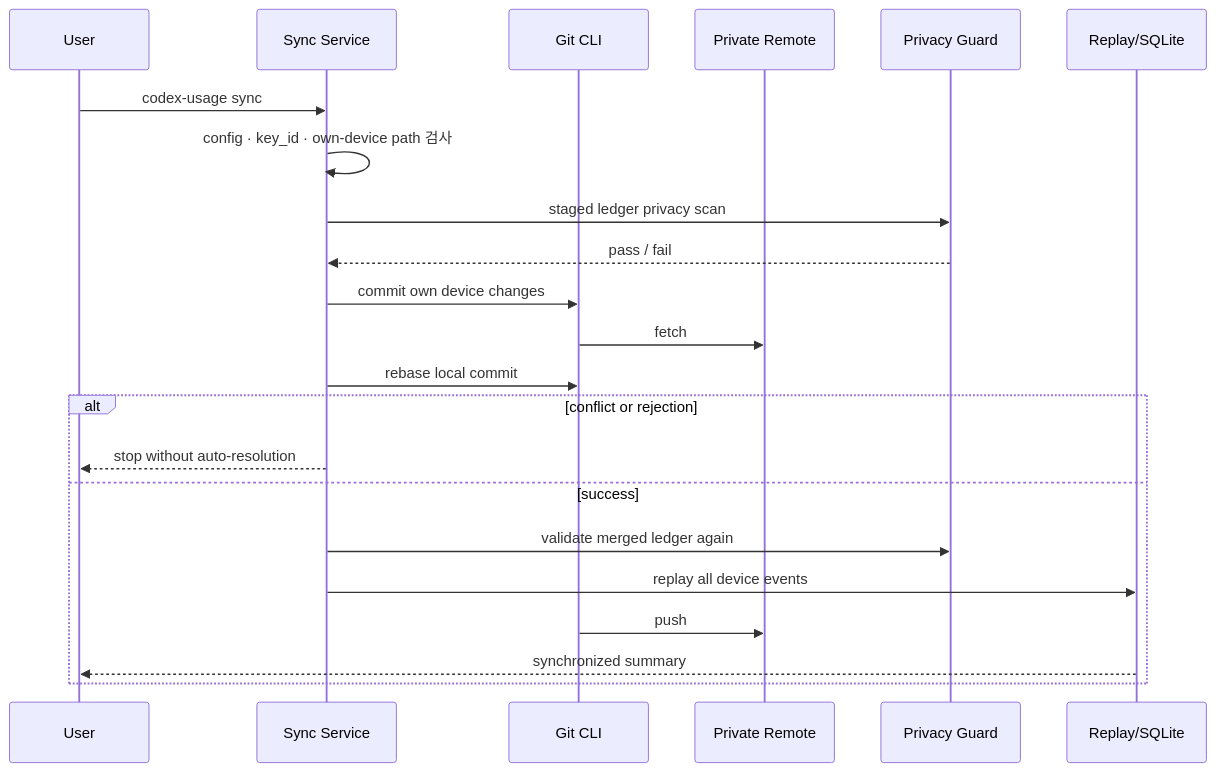
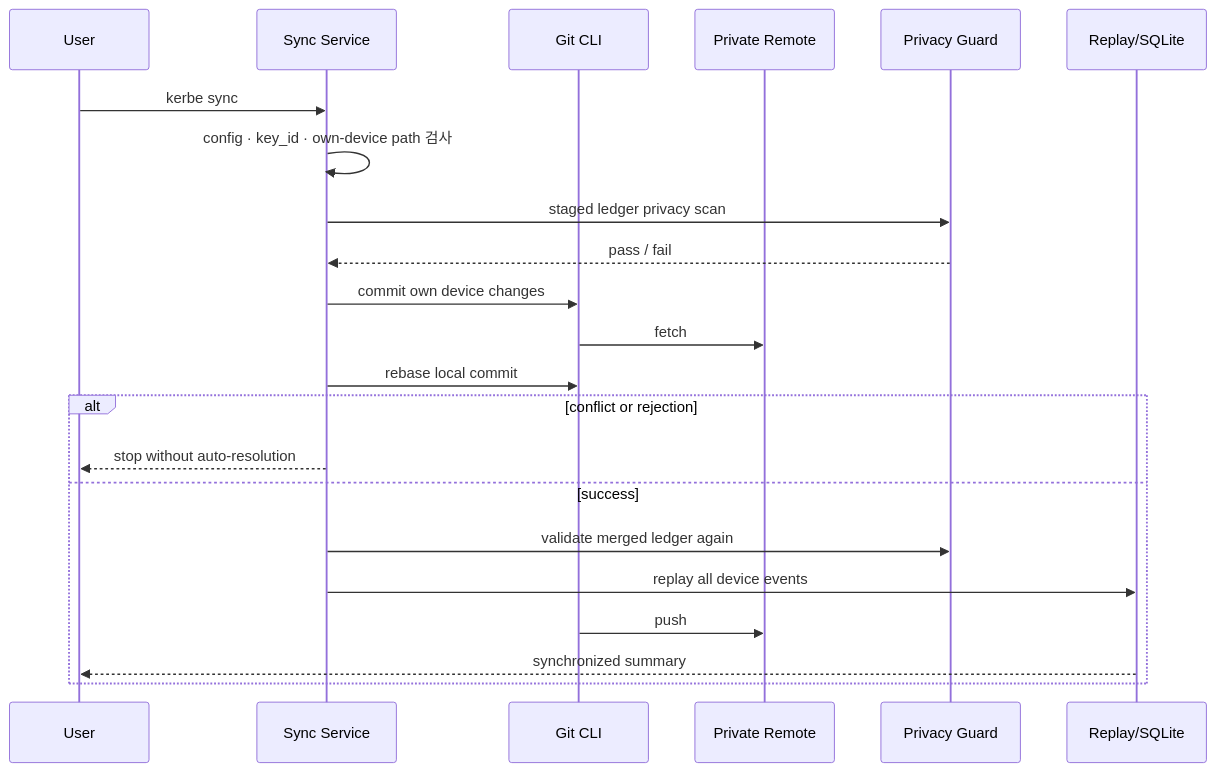
The fourth of 6 diagrams in ARCHITECTURE.md (shotgun1107/kerbe), drawn with Mermaid before and after one commit. The commit also changed other lines of this file and 16 other files, not shown here.

````diff
--- a/ARCHITECTURE.md
+++ b/ARCHITECTURE.md
@@ -143,25 +143,25 @@
 ```mermaid
 sequenceDiagram
     participant U as User
     participant S as Sync Service
     participant G as Git CLI
     participant R as Private Remote
     participant P as Privacy Guard
     participant I as Replay/SQLite
 
-    U->>S: codex-usage sync
+    U->>S: kerbe sync
     S->>S: config · key_id · own-device path 검사
     S->>P: staged ledger privacy scan
     P-->>S: pass / fail
     S->>G: commit own device changes
     G->>R: fetch
     S->>G: rebase local commit
     alt conflict or rejection
         S-->>U: stop without auto-resolution
     else success
         S->>P: validate merged ledger again
         S->>I: replay all device events
         G->>R: push
         I-->>U: synchronized summary
     end
 ```
````
